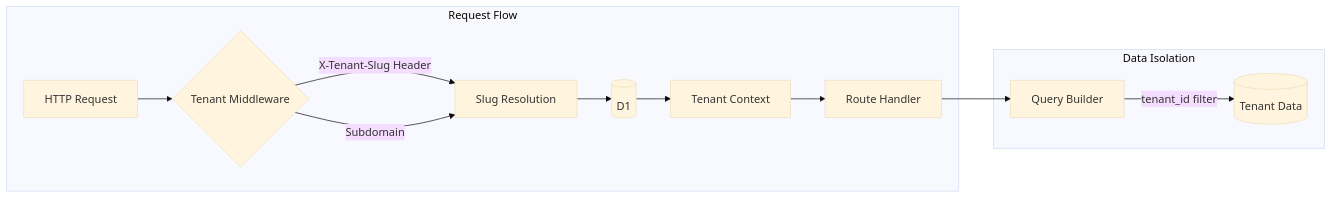
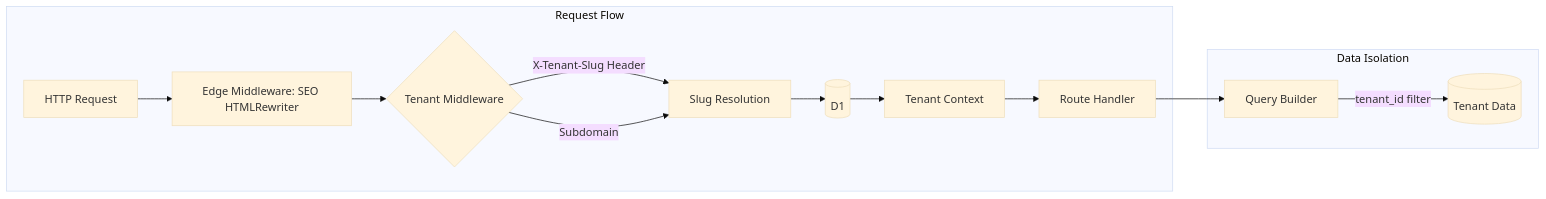
Before and after one commit to slichti/studio-platform-dev: the second of 10 diagrams in docs/architecture.md, drawn with Mermaid (base theme). The commit also changed 10 other files, not shown here.

First line of the commit message:
feat: implement Tier 1 SEO architecture and update documentation

````diff
--- a/docs/architecture.md
+++ b/docs/architecture.md
@@ -64,16 +64,17 @@
 ```mermaid
 flowchart LR
     subgraph "Request Flow"
-        REQ[HTTP Request] --> MW{Tenant Middleware}
+        REQ[HTTP Request] --> EDGE[Edge Middleware: SEO HTMLRewriter]
+        EDGE --> MW{Tenant Middleware}
         MW -->|X-Tenant-Slug Header| RESOLVE[Slug Resolution]
         MW -->|Subdomain| RESOLVE
         RESOLVE --> DB[(D1)]
         DB --> CTX[Tenant Context]
         CTX --> HANDLER[Route Handler]
     end
 
     subgraph "Data Isolation"
         HANDLER --> QUERY[Query Builder]
         QUERY -->|tenant_id filter| DATA[(Tenant Data)]
     end
 ```
````
